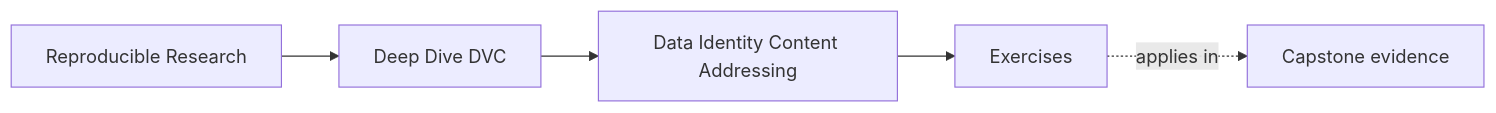
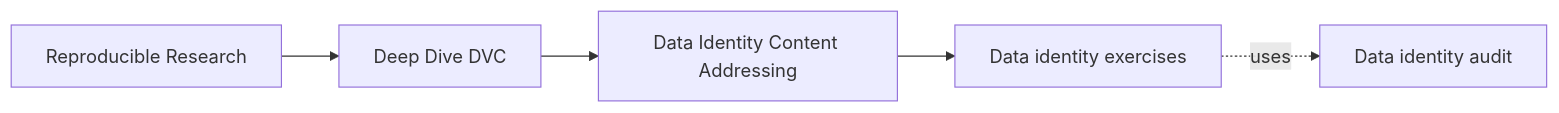
The first of 3 diagrams in programs/reproducible-research/deep-dive-dvc/course-book/module-02-data-identity-content-addressing/exercises.md (bijux/bijux-masterclass), drawn with Mermaid before and after one commit. The commit also changed other lines of this file, not shown here.

Commit message:
docs(dvc): make data identity practice evidence driven

````diff
--- a/programs/reproducible-research/deep-dive-dvc/course-book/module-02-data-identity-content-addressing/exercises.md
+++ b/programs/reproducible-research/deep-dive-dvc/course-book/module-02-data-identity-content-addressing/exercises.md
@@ -7,11 +6,11 @@
 ```mermaid
 graph LR
   family["Reproducible Research"]
   program["Deep Dive DVC"]
   section["Data Identity Content Addressing"]
-  page["Exercises"]
-  capstone["Capstone evidence"]
+  page["Data identity exercises"]
+  capstone["Data identity audit"]
 
   family --> program --> section --> page
-  page -.applies in.-> capstone
+  page -.uses.-> capstone
 ```
````
